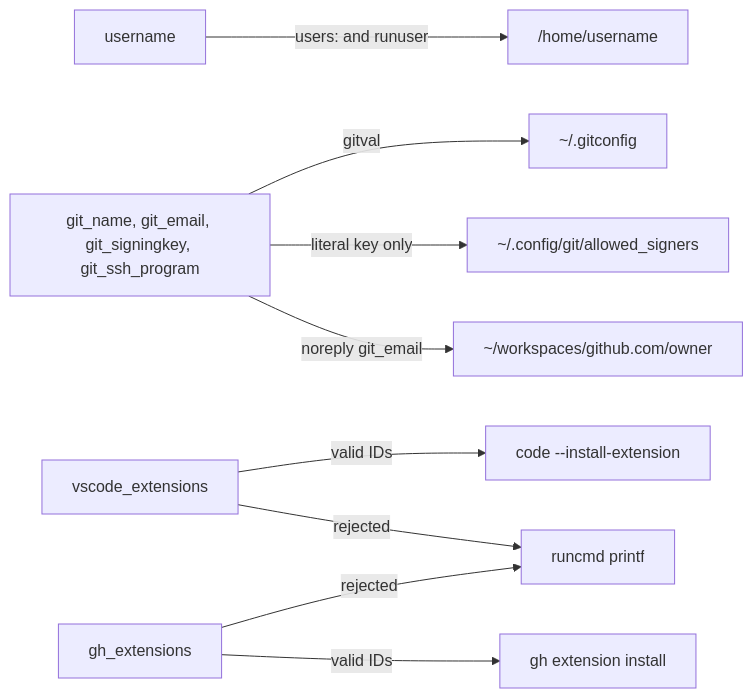
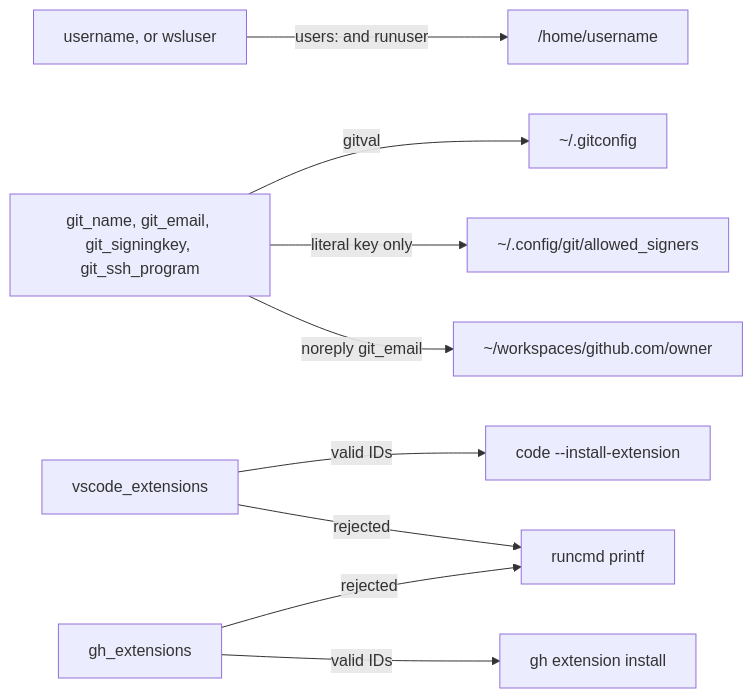
One commit to froazin/wsl changed the first of 2 diagrams in docs/meta-data.md. Above: the diagram before and after it, drawn with Mermaid. The commit also changed other lines of this file and 26 other files, not shown here.

````diff
--- a/docs/meta-data.md
+++ b/docs/meta-data.md
@@ -26,13 +26,13 @@
 ```mermaid
 flowchart LR
     accTitle: Where each meta-data key ends up
-    accDescr: The username gates everything in the user's home. Git keys go into .gitconfig through gitval, and a literal signing key also goes into allowed_signers. A GitHub noreply email gives a workspace directory. Extension lists become one runcmd install each, and rejected entries become printf lines.
-    username["username"] -->|"users: and runuser"| home["/home/username"]
+    accDescr: The username, or wsluser when it's unset, names the user and their home. Git keys go into .gitconfig through gitval, and a literal signing key also goes into allowed_signers. A GitHub noreply email gives a workspace directory. Extension lists become one runcmd install each, and rejected entries become printf lines.
+    username["username, or wsluser"] -->|"users: and runuser"| home["/home/username"]
     git["git_name, git_email, git_signingkey, git_ssh_program"] -->|gitval| gitconfig["~/.gitconfig"]
     git -->|"literal key only"| signers["~/.config/git/allowed_signers"]
     git -->|"noreply git_email"| ghdir["~/workspaces/github.com/owner"]
     vscode["vscode_extensions"] -->|"valid IDs"| codeinstall["code --install-extension"]
     gh["gh_extensions"] -->|"valid IDs"| ghinstall["gh extension install"]
     vscode -->|rejected| printf["runcmd printf"]
     gh -->|rejected| printf
 ```
````
